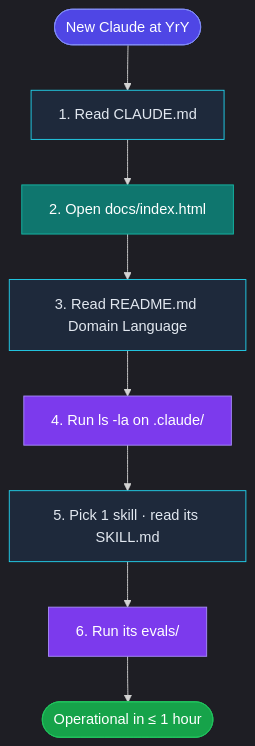
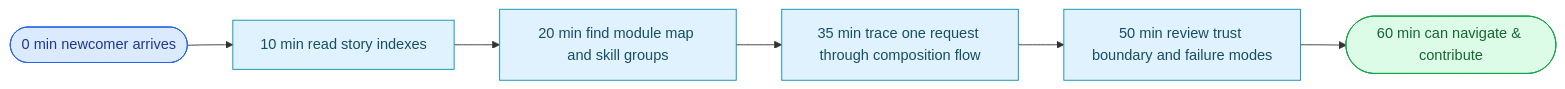
Before and after one commit to effiy/YrY: the diagram in .claude/docs/arch/scene-3-newcomer-onboarding/index.md, drawn with Mermaid. The commit also changed other lines of this file and 32 other files, not shown here.

First line of the commit message:
docs: standardize mermaid diagrams and add summaries

````diff
--- a/.claude/docs/arch/scene-3-newcomer-onboarding/index.md
+++ b/.claude/docs/arch/scene-3-newcomer-onboarding/index.md
@@ -9,20 +9,12 @@
 ```mermaid
-%%{init: {'theme':'dark','flowchart':{'htmlLabels':true}}}%%
-flowchart TB
-  newcomer([New Claude at YrY]):::start
-  read1[1. Read CLAUDE.md]:::read
-  read2[2. Open docs/index.html]:::visual
-  read3[3. Read README.md Domain Language]:::read
-  scan[4. Run ls -la on .claude/]:::action
-  read4[5. Pick 1 skill · read its SKILL.md]:::read
-  eval[6. Run its evals/]:::action
-  ready([Operational in ≤ 1 hour]):::goal
+flowchart LR
+  start([0 min newcomer arrives]):::entry --> map[10 min read story indexes]:::step
+  map --> locate[20 min find module map and skill groups]:::step
+  locate --> trace[35 min trace one request through composition flow]:::step
+  trace --> trust[50 min review trust boundary and failure modes]:::step
+  trust --> ship([60 min can navigate & contribute]):::done
 
-  newcomer --> read1 --> read2 --> read3 --> scan --> read4 --> eval --> ready
-
-  classDef start fill:#4f46e5,stroke:#818cf8,color:#fff
-  classDef read fill:#1e293b,stroke:#22d3ee,color:#e2e8f0
-  classDef visual fill:#0f766e,stroke:#14b8a6,color:#fff
-  classDef action fill:#7c3aed,stroke:#a78bfa,color:#fff
-  classDef goal fill:#16a34a,stroke:#22c55e,color:#fff
+  classDef entry fill:#dbeafe,stroke:#2563eb,color:#1e3a8a
+  classDef step fill:#e0f2fe,stroke:#0891b2,color:#164e63
+  classDef done fill:#dcfce7,stroke:#16a34a,color:#166534
 ```
````
